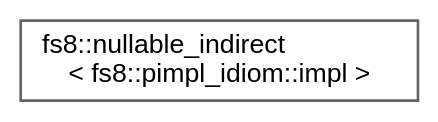
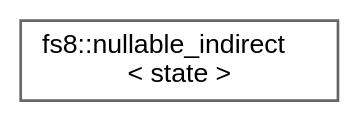
Before and after one commit to the-moisrex/foresight: the diagram in api/inherit_graph_102.dot, drawn with Graphviz. The commit also changed 189 other files, not shown here.

```diff
--- a/api/inherit_graph_102.dot
+++ b/api/inherit_graph_102.dot
@@ -1,9 +1,9 @@
 digraph "Graphical Class Hierarchy"
 {
  // LATEX_PDF_SIZE
   bgcolor="transparent";
   edge [fontname=Helvetica,fontsize=10,labelfontname=Helvetica,labelfontsize=10];
   node [fontname=Helvetica,fontsize=10,shape=box,height=0.2,width=0.4];
   rankdir="LR";
-  Node0 [id="Node000000",label="fs8::nullable_indirect\l\< fs8::pimpl_idiom::impl \>",height=0.2,width=0.4,color="grey40", fillcolor="white", style="filled",URL="$structfs8_1_1nullable__indirect.html",tooltip=" "];
+  Node0 [id="Node000000",label="fs8::nullable_indirect\l\< state \>",height=0.2,width=0.4,color="grey40", fillcolor="white", style="filled",URL="$structfs8_1_1nullable__indirect.html",tooltip=" "];
 }
```
